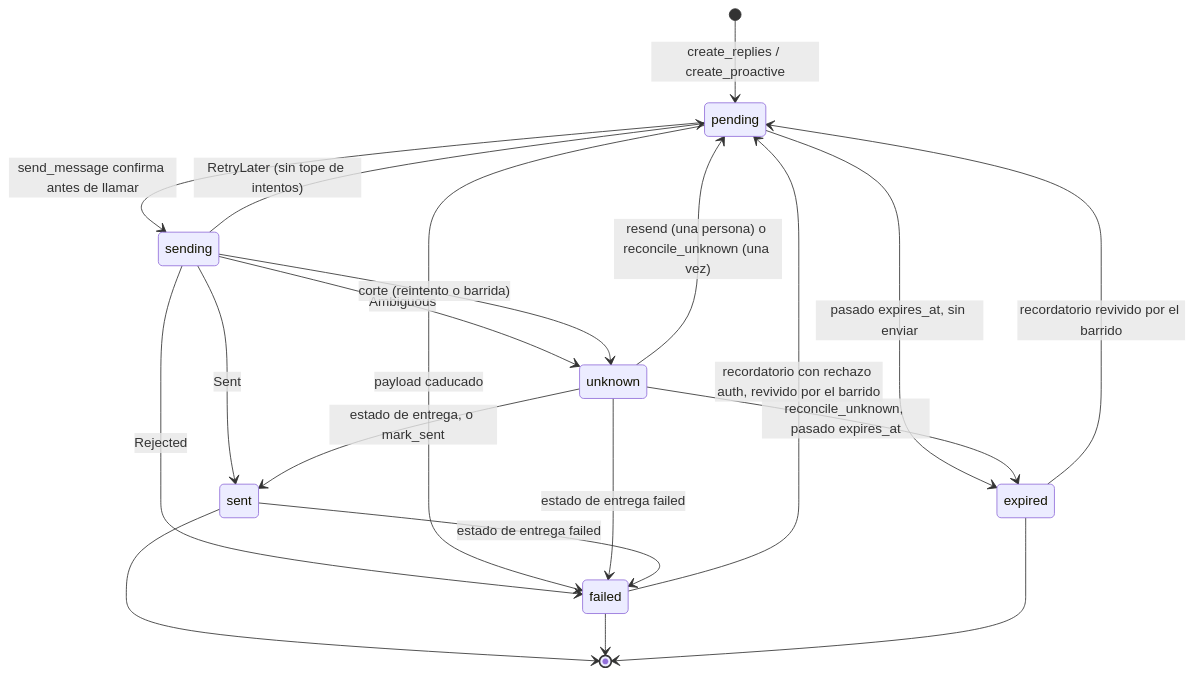
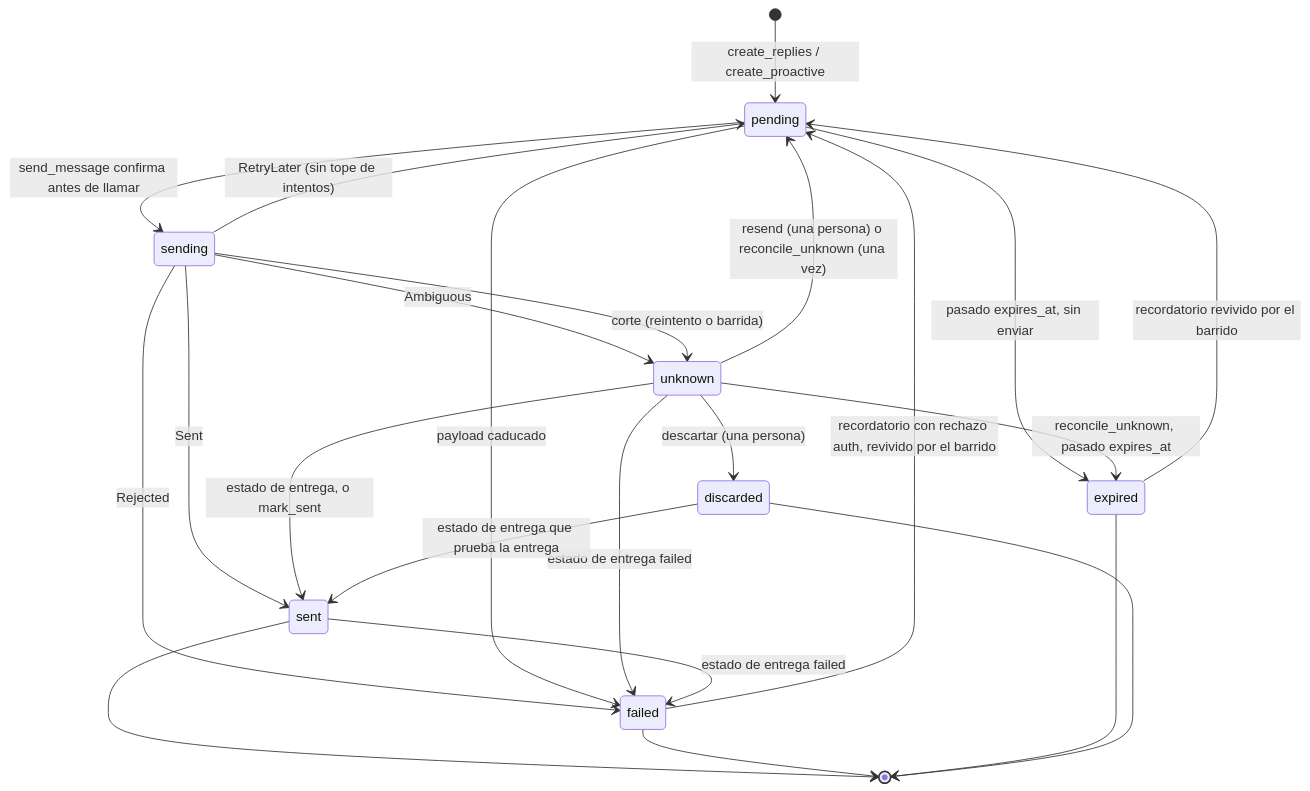
Before and after one commit to MarianodelRio/autobot: the diagram in docs/arquitectura/efectos-e-idempotencia.md, drawn with Mermaid. The commit also changed other lines of this file and 40 other files, not shown here.

````diff
--- a/docs/arquitectura/efectos-e-idempotencia.md
+++ b/docs/arquitectura/efectos-e-idempotencia.md
@@ -19,22 +19,25 @@
 ```mermaid
 stateDiagram-v2
     [*] --> pending: create_replies / create_proactive
     pending --> sending: send_message confirma antes de llamar
     sending --> sent: Sent
     sending --> failed: Rejected
     sending --> unknown: Ambiguous
     sending --> pending: RetryLater (sin tope de intentos)
     sending --> unknown: corte (reintento o barrida)
     pending --> expired: pasado expires_at, sin enviar
     expired --> pending: recordatorio revivido por el barrido
     failed --> pending: recordatorio con rechazo auth, revivido por el barrido
     pending --> failed: payload caducado
     unknown --> sent: estado de entrega, o mark_sent
     unknown --> failed: estado de entrega failed
     unknown --> pending: resend (una persona) o reconcile_unknown (una vez)
     unknown --> expired: reconcile_unknown, pasado expires_at
+    unknown --> discarded: descartar (una persona)
+    discarded --> sent: estado de entrega que prueba la entrega
     sent --> failed: estado de entrega failed
     sent --> [*]
     failed --> [*]
     expired --> [*]
+    discarded --> [*]
 ```
````
